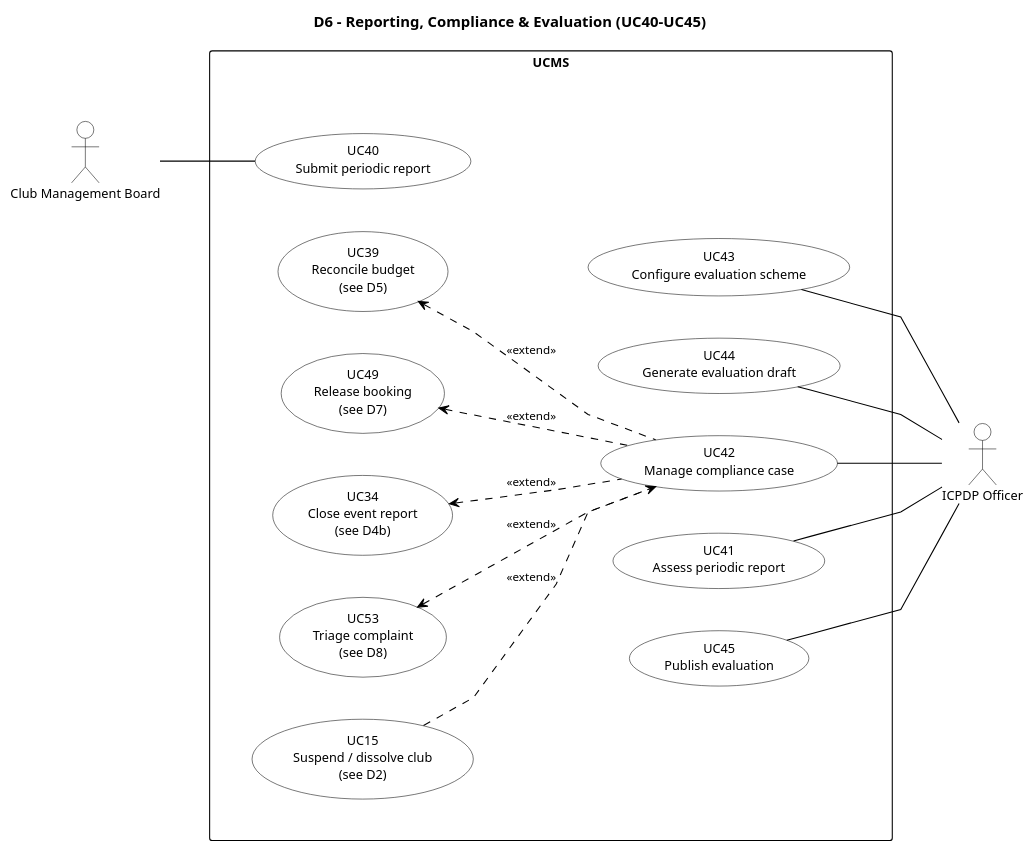
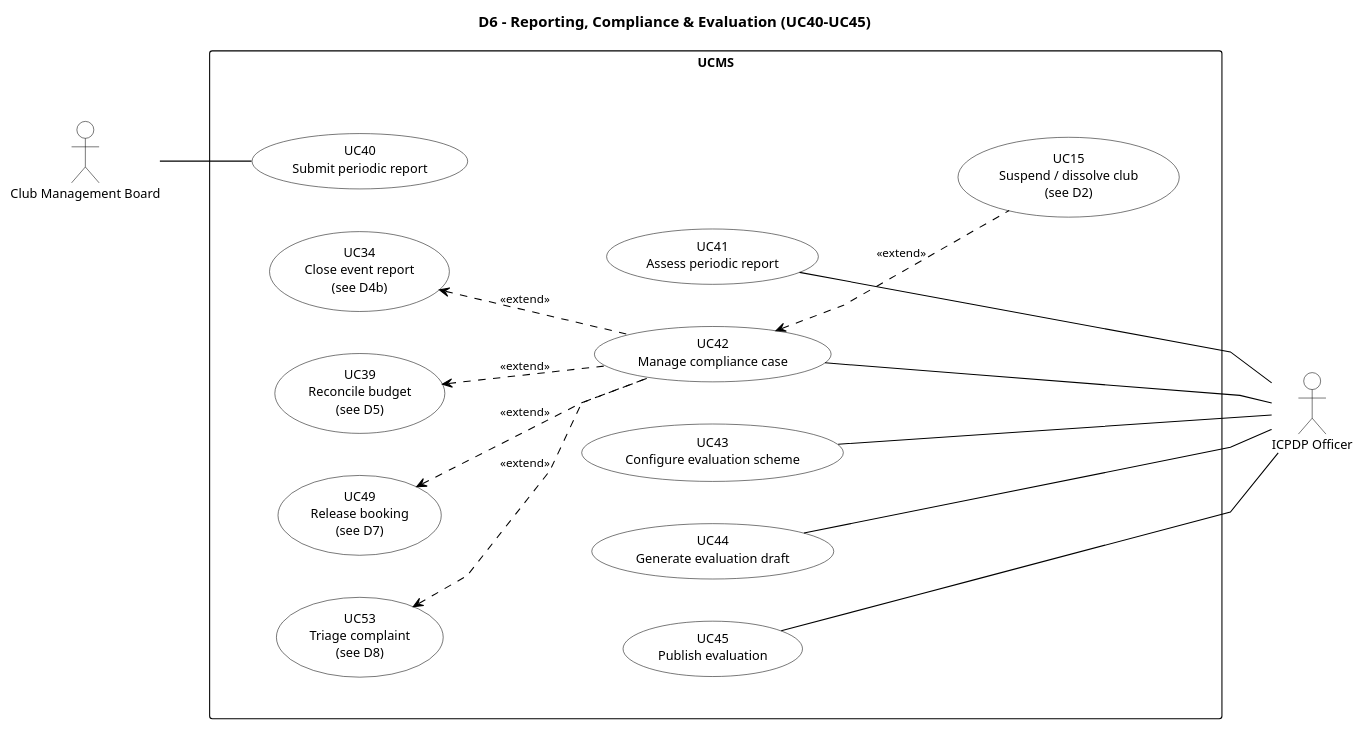
One commit to nvdekay/ClubManagementSystem changed the diagram in docs/diagrams/v2/D6_ReportingEvaluation.puml. Above: the diagram before and after it, drawn with PlantUML.

Commit message:
docs(diagrams): separate the UC15 extend arrow from the UC42 fan-in on D6

```diff
--- a/docs/diagrams/v2/D6_ReportingEvaluation.puml
+++ b/docs/diagrams/v2/D6_ReportingEvaluation.puml
@@ -1,75 +1,76 @@
 @startuml v2_D6_ReportingEvaluation
 left to right direction
 skinparam linetype polyline
 skinparam nodesep 40
 skinparam ranksep 60
 skinparam backgroundColor White
 skinparam shadowing false
 skinparam defaultFontName Helvetica
 skinparam defaultFontSize 12
 skinparam ArrowColor Black
 skinparam ArrowFontSize 11
 skinparam actor {
   BackgroundColor White
   BorderColor Black
 }
 skinparam usecase {
   BackgroundColor White
   BorderColor Black
 }
 skinparam rectangle {
   BackgroundColor White
   BorderColor Black
 }
 skinparam package {
   BackgroundColor White
   BorderColor Black
 }
 ' inner frame: invisible, only adds padding inside the system boundary
 skinparam rectangle<<inner>> {
   BorderColor Transparent
   FontColor Transparent
 }
 hide <<inner>> stereotype
 
 title D6 - Reporting, Compliance & Evaluation (UC40-UC45)
 
 actor "Club Management Board" as CMB
 actor "ICPDP Officer" as ICPDP
 
 rectangle "UCMS" {
   rectangle " " <<inner>> {
     usecase "UC40\nSubmit periodic report" as UC40
     usecase "UC41\nAssess periodic report" as UC41
     usecase "UC42\nManage compliance case" as UC42
     usecase "UC43\nConfigure evaluation scheme" as UC43
     usecase "UC44\nGenerate evaluation draft" as UC44
     usecase "UC45\nPublish evaluation" as UC45
     usecase "UC34\nClose event report\n(see D4b)" as UC34
     usecase "UC39\nReconcile budget\n(see D5)" as UC39
     usecase "UC49\nRelease booking\n(see D7)" as UC49
     usecase "UC53\nTriage complaint\n(see D8)" as UC53
     usecase "UC15\nSuspend / dissolve club\n(see D2)" as UC15
   }
 }
 
 CMB -- UC40
 
 UC41 -- ICPDP
 UC42 -- ICPDP
 UC43 -- ICPDP
 UC44 -- ICPDP
 UC45 -- ICPDP
 
 UC34 <.. UC42 : <<extend>>
 UC39 <.. UC42 : <<extend>>
 UC49 <.. UC42 : <<extend>>
 UC53 <.. UC42 : <<extend>>
-UC15 .[norank].> UC42 : <<extend>>
+UC42 <.. UC15 : <<extend>>
 
 ' layout only: keep ICPDP in its own column to the right of the frame
 UC34 -[hidden]- UC41
 UC39 -[hidden]- UC43
 UC49 -[hidden]- UC44
 UC53 -[hidden]- UC45
+UC15 -[hidden]- ICPDP
 @enduml
```
